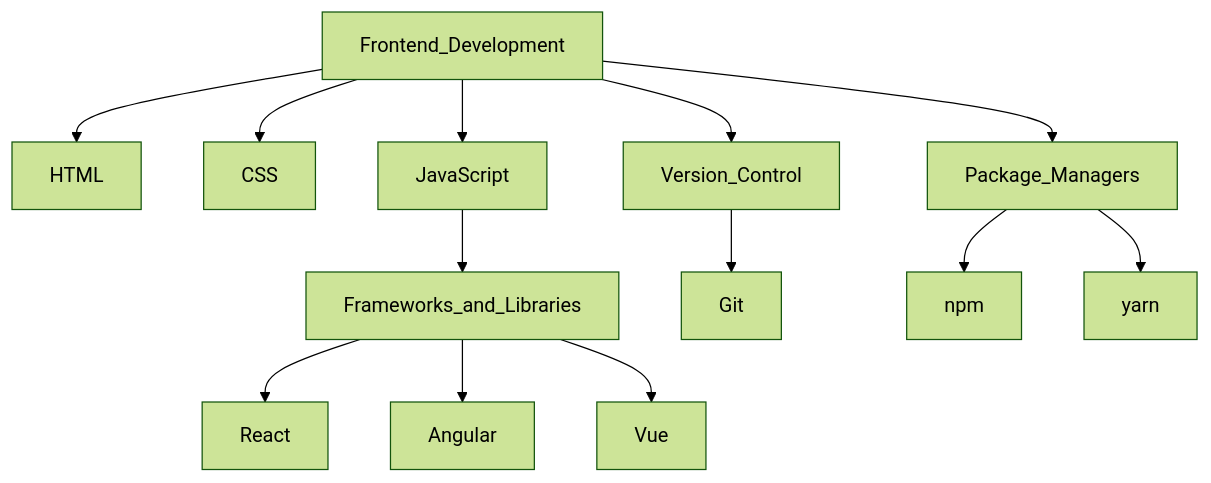
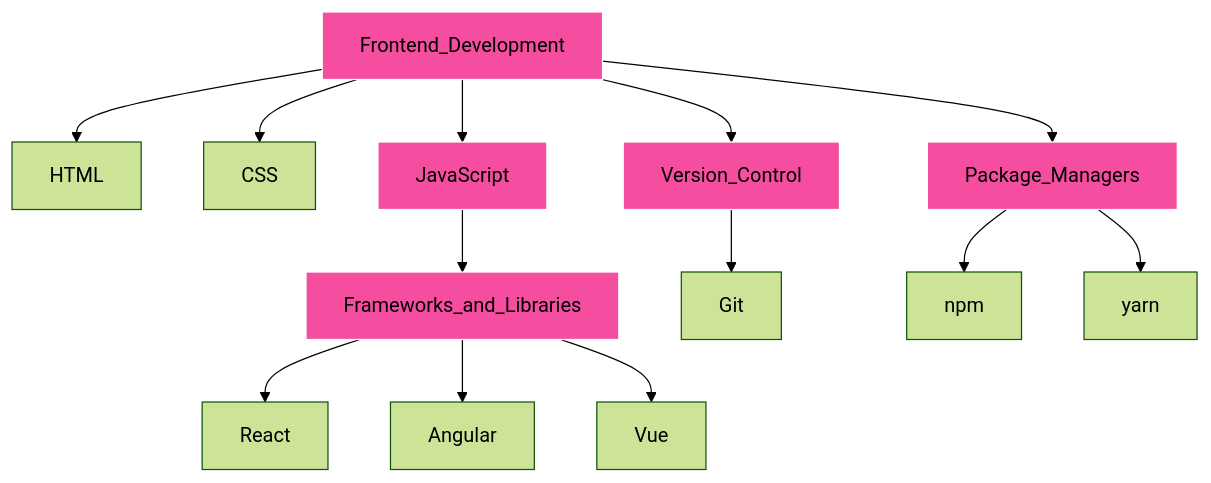
One commit to Azriel1909/Pink-academy changed the diagram in Module_1/1.md. Above: the diagram before and after it, drawn with Mermaid (forest theme). The commit also changed 1 other file, not shown here.

Commit message:
Module 1 update

````diff
--- a/Module_1/1.md
+++ b/Module_1/1.md
@@ -1,15 +1,20 @@
 ```mermaid
 graph TB
     Frontend_Development --> HTML
     Frontend_Development --> CSS
     Frontend_Development --> JavaScript
     JavaScript --> Frameworks_and_Libraries
     Frameworks_and_Libraries --> React
     Frameworks_and_Libraries --> Angular
     Frameworks_and_Libraries --> Vue
     Frontend_Development --> Version_Control
     Version_Control --> Git
     Frontend_Development --> Package_Managers
     Package_Managers --> npm
     Package_Managers --> yarn
+    style Frontend_Development fill:#F54EA1,stroke:#FFFFFF
+    style JavaScript fill:#F54EA1,stroke:#FFFFFF
+    style Frameworks_and_Libraries fill:#F54EA1,stroke:#FFFFFF
+    style Version_Control fill:#F54EA1,stroke:#FFFFFF
+    style Package_Managers fill:#F54EA1,stroke:#FFFFFF
 ```
````
